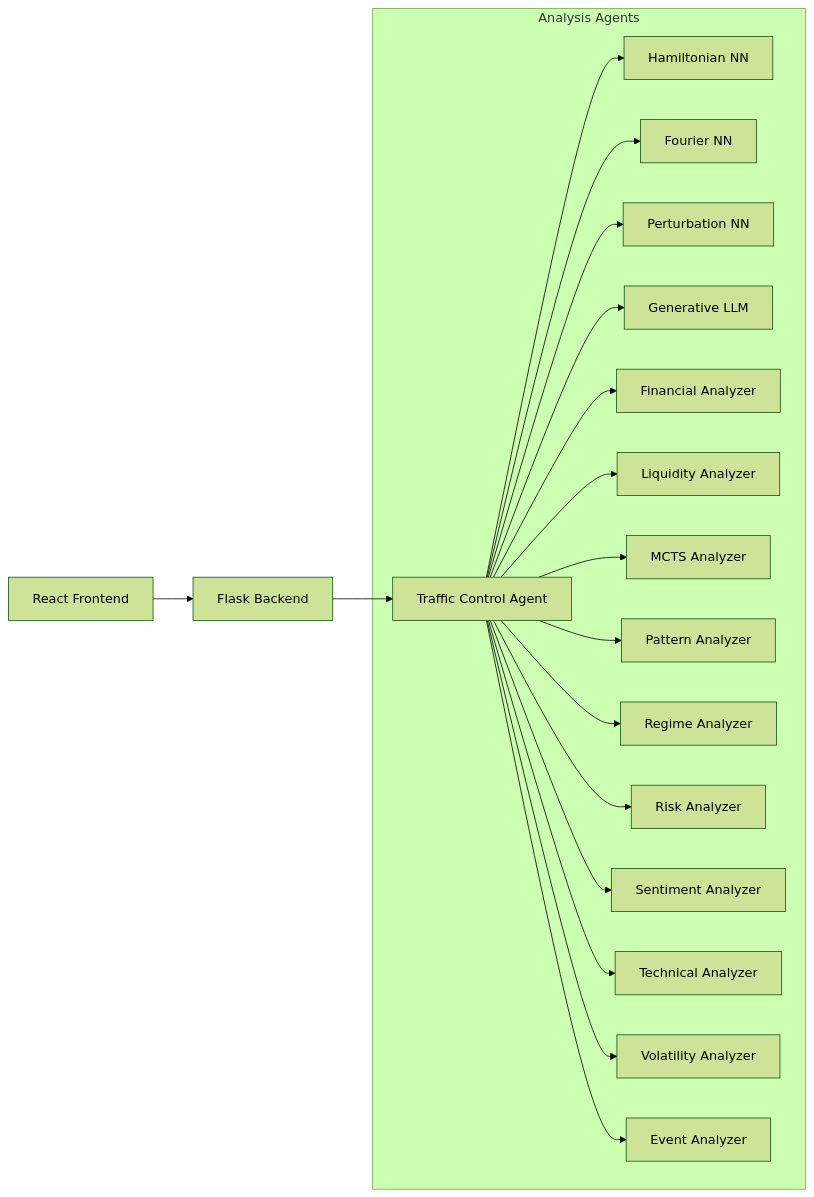
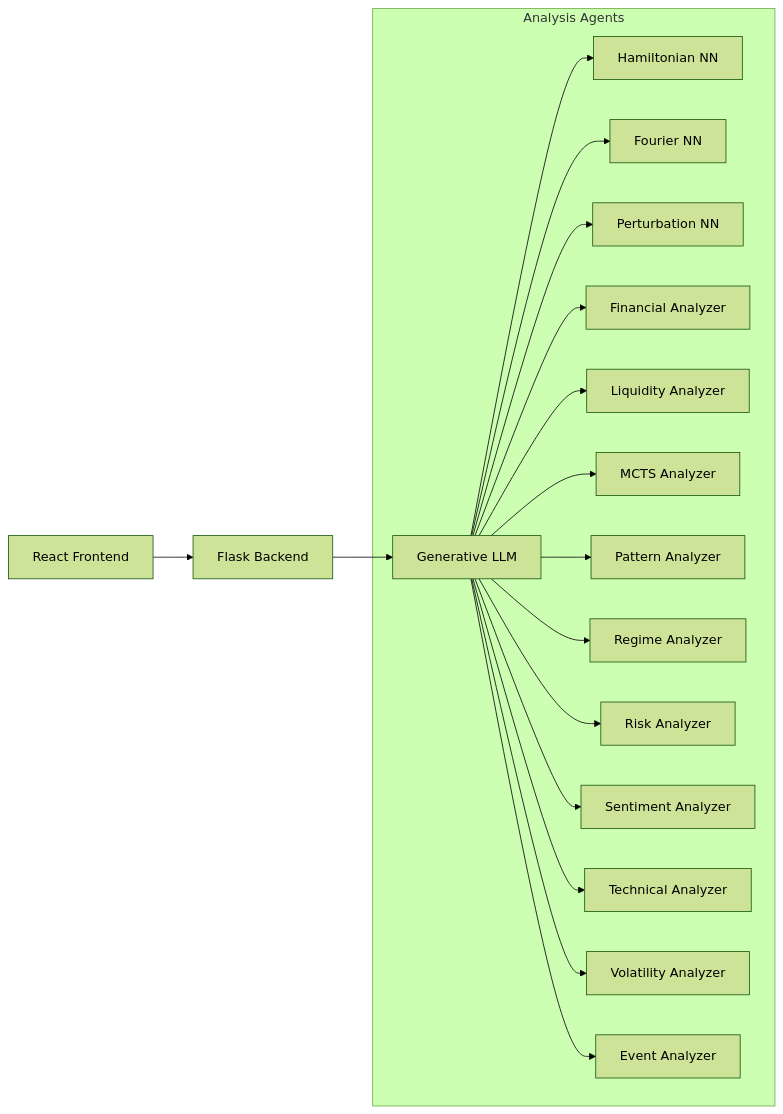
Before and after one commit to redmage123/agentic: the first of 2 diagrams in README.md, drawn with Mermaid (forest theme). The commit also changed other lines of this file and 1 other file, not shown here.

````diff
--- a/README.md
+++ b/README.md
@@ -16,23 +16,22 @@
 ```mermaid
 graph LR
     A[React Frontend] --> B[Flask Backend]
-    B --> C[Traffic Control Agent]
+    B --> G[Generative LLM]
     
     subgraph "Analysis Agents"
-        C --> D[Hamiltonian NN]
-        C --> E[Fourier NN]
-        C --> F[Perturbation NN]
-        C --> G[Generative LLM]
+        G --> D[Hamiltonian NN]
+        G --> E[Fourier NN]
+        G --> F[Perturbation NN]
         
-        C --> FA[Financial Analyzer]
-        C --> LA[Liquidity Analyzer]
-        C --> MA[MCTS Analyzer]
-        C --> PA[Pattern Analyzer]
-        C --> RA[Regime Analyzer]
-        C --> RKA[Risk Analyzer]
-        C --> SA[Sentiment Analyzer]
-        C --> TA[Technical Analyzer]
-        C --> VA[Volatility Analyzer]
-        C --> EA[Event Analyzer]
+        G --> FA[Financial Analyzer]
+        G --> LA[Liquidity Analyzer]
+        G --> MA[MCTS Analyzer]
+        G --> PA[Pattern Analyzer]
+        G --> RA[Regime Analyzer]
+        G --> RKA[Risk Analyzer]
+        G --> SA[Sentiment Analyzer]
+        G --> TA[Technical Analyzer]
+        G --> VA[Volatility Analyzer]
+        G --> EA[Event Analyzer]
     end
 ```
````
